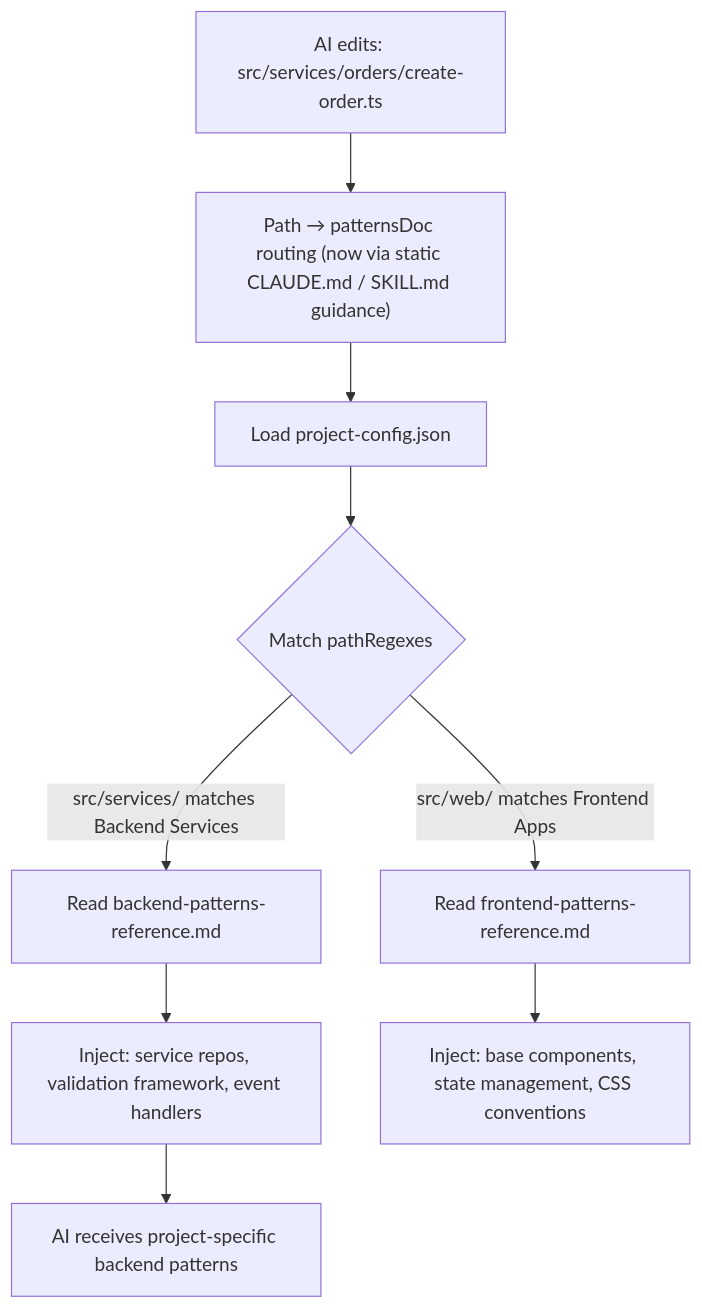
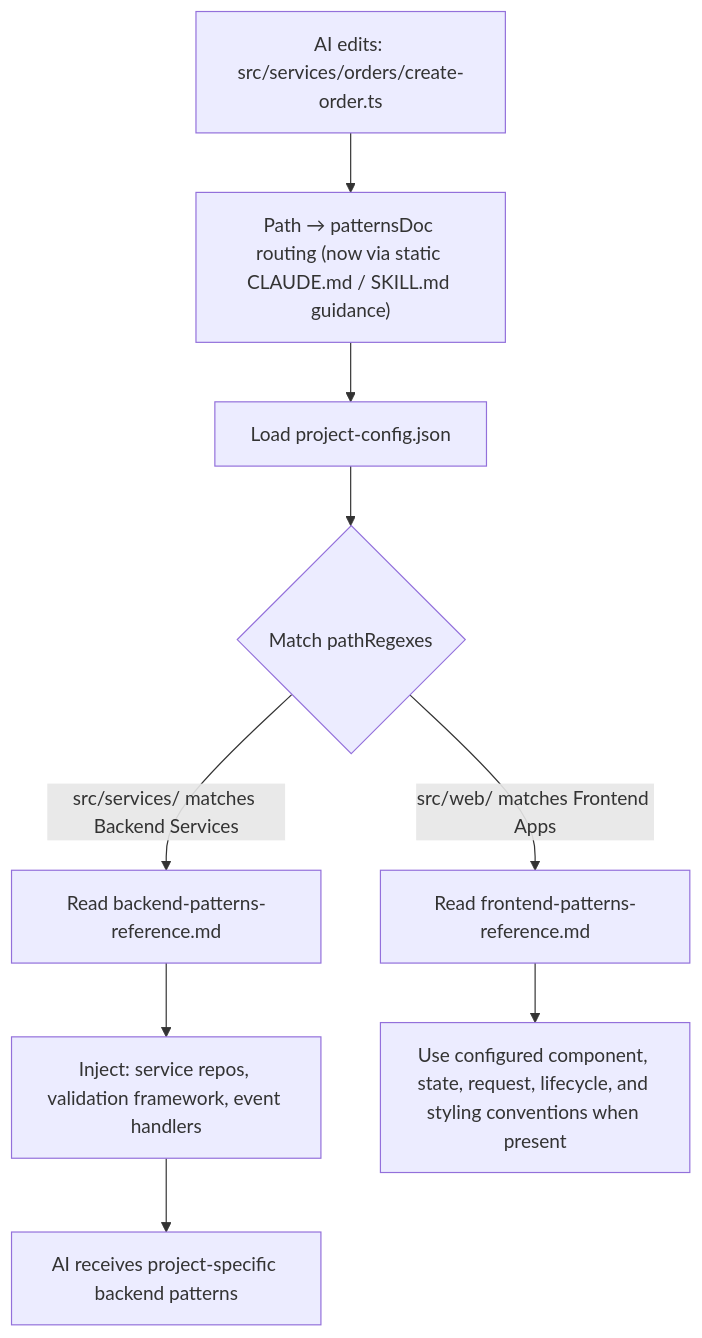
The ninth of 20 diagrams in .claude/docs/claude-ai-agent-framework-guide.md (duc01226/easy-claude), drawn with Mermaid before and after one commit. The commit also changed other lines of this file and 610 other files, not shown here.

````diff
--- a/.claude/docs/claude-ai-agent-framework-guide.md
+++ b/.claude/docs/claude-ai-agent-framework-guide.md
@@ -989,12 +1001,12 @@
 ```mermaid
 flowchart TB
     A["AI edits: src/services/orders/create-order.ts"] --> B["Path → patternsDoc routing (now via static CLAUDE.md / SKILL.md guidance)"]
     B --> C["Load project-config.json"]
     C --> D{"Match pathRegexes"}
     D -->|"src/services/ matches Backend Services"| E["Read backend-patterns-reference.md"]
     E --> F["Inject: service repos, validation framework, event handlers"]
     F --> G["AI receives project-specific backend patterns"]
 
     D -->|"src/web/ matches Frontend Apps"| H["Read frontend-patterns-reference.md"]
-    H --> I["Inject: base components, state management, CSS conventions"]
+    H --> I["Use configured component, state, request, lifecycle, and styling conventions when present"]
 ```
````
